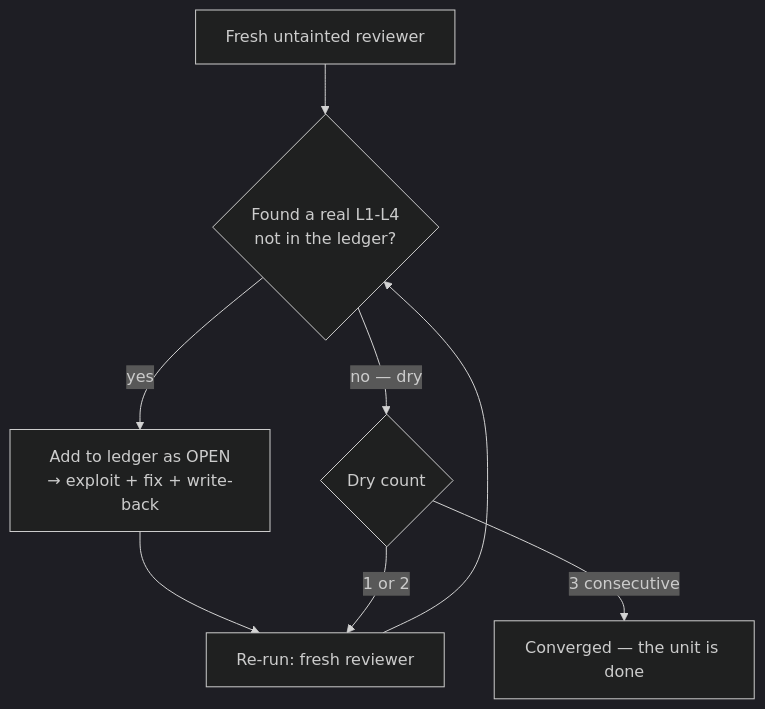
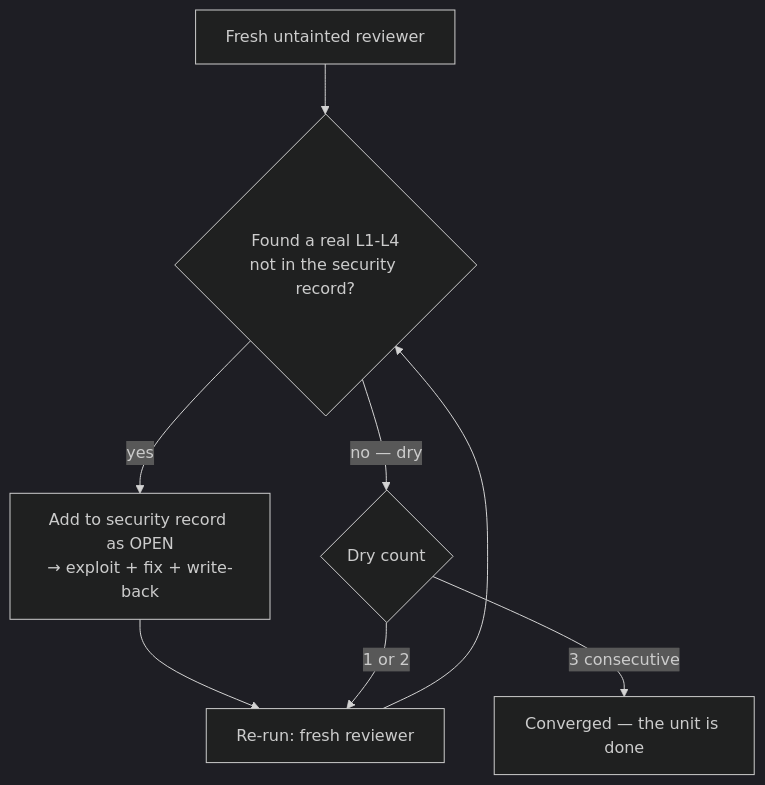
The second of 2 diagrams in ai-pack/ai-security-theory/running-it/README.md (jacoby149/web10), drawn with Mermaid (dark theme) before and after one commit. The commit also changed other lines of this file and 16 other files, not shown here.

First line of the commit message:
docs(ai-pack): 'ledger' -> the security record; name the section Written Security (WS)

````diff
--- a/ai-pack/ai-security-theory/running-it/README.md
+++ b/ai-pack/ai-security-theory/running-it/README.md
@@ -192,10 +192,10 @@
 ```mermaid
 flowchart TD
-    A[Fresh untainted reviewer] --> B{Found a real L1-L4<br/>not in the ledger?}
-    B -->|yes| C[Add to ledger as OPEN<br/>→ exploit + fix + write-back]
+    A[Fresh untainted reviewer] --> B{Found a real L1-L4<br/>not in the security record?}
+    B -->|yes| C[Add to security record as OPEN<br/>→ exploit + fix + write-back]
     C --> D[Re-run: fresh reviewer]
     D --> B
     B -->|no — dry| E{Dry count}
     E -->|1 or 2| D
     E -->|3 consecutive| F[Converged — the unit is done]
 ```
````
